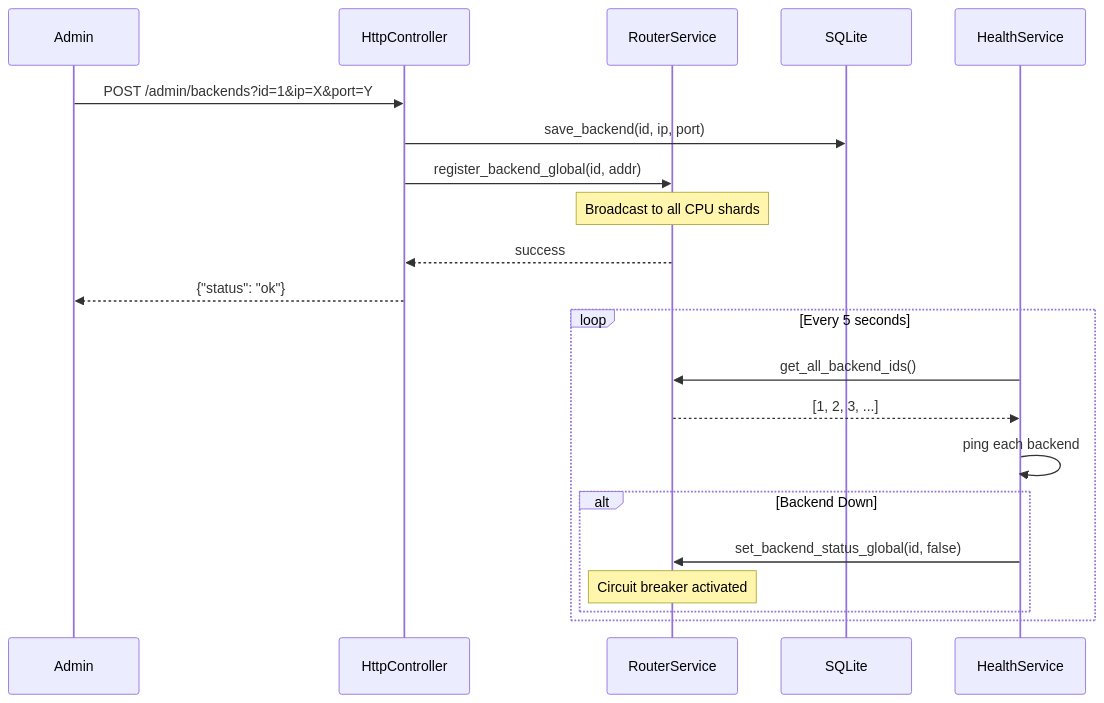
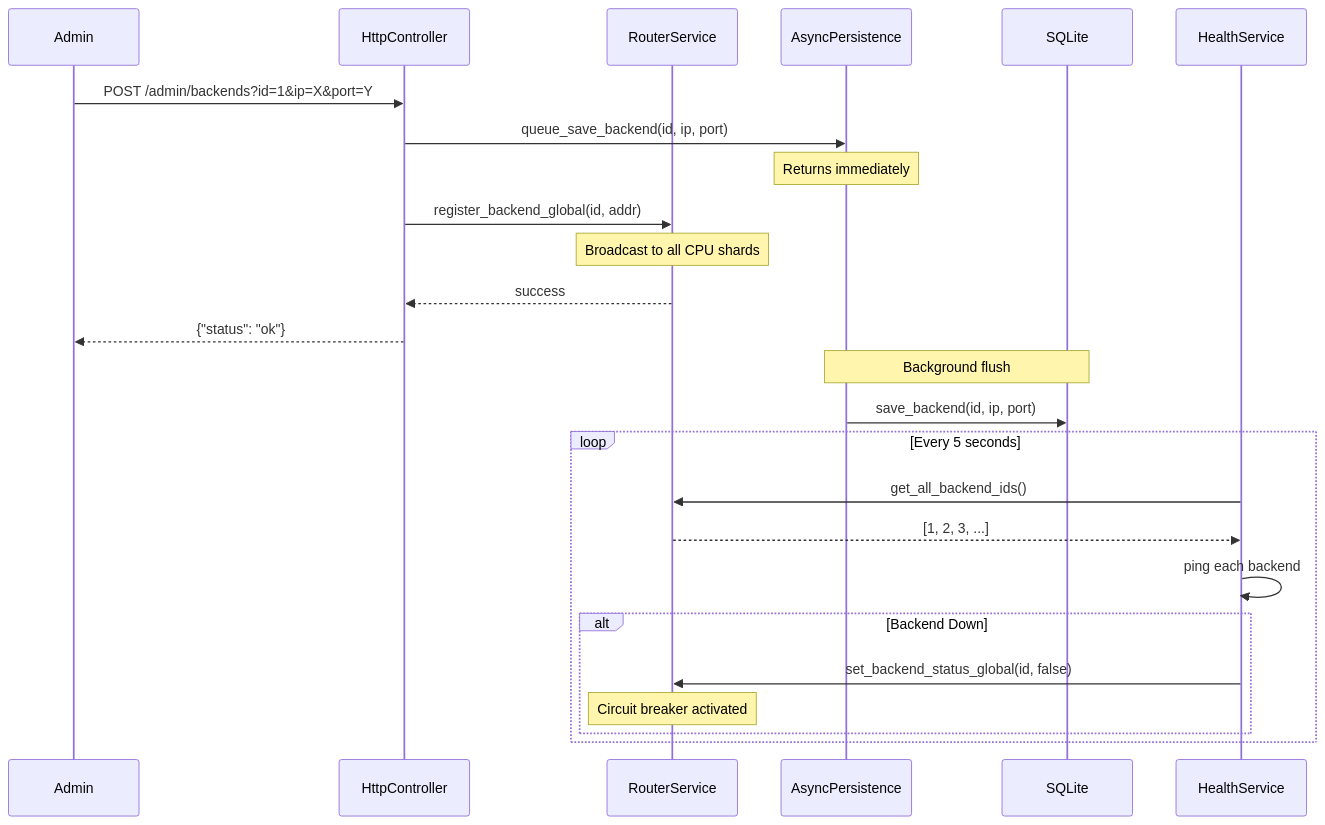
Before and after one commit to Ranvier-Systems/ranvier-core: the second of 4 diagrams in docs/request-flow.md, drawn with Mermaid. The commit also changed other lines of this file and 2 other files, not shown here.

First line of the commit message:
docs: add async persistence documentation

````diff
--- a/docs/request-flow.md
+++ b/docs/request-flow.md
@@ -60,27 +66,32 @@
 ```mermaid
 sequenceDiagram
     participant Admin
     participant HTTP as HttpController
     participant RS as RouterService
+    participant APM as AsyncPersistence
     participant PS as SQLite
     participant HS as HealthService
 
     Admin->>HTTP: POST /admin/backends?id=1&ip=X&port=Y
-    HTTP->>PS: save_backend(id, ip, port)
+    HTTP->>APM: queue_save_backend(id, ip, port)
+    Note over APM: Returns immediately
     HTTP->>RS: register_backend_global(id, addr)
 
     Note over RS: Broadcast to all CPU shards
 
     RS-->>HTTP: success
     HTTP-->>Admin: {"status": "ok"}
+
+    Note over APM,PS: Background flush
+    APM->>PS: save_backend(id, ip, port)
 
     loop Every 5 seconds
         HS->>RS: get_all_backend_ids()
         RS-->>HS: [1, 2, 3, ...]
         HS->>HS: ping each backend
         alt Backend Down
             HS->>RS: set_backend_status_global(id, false)
             Note over RS: Circuit breaker activated
         end
     end
 ```
````
